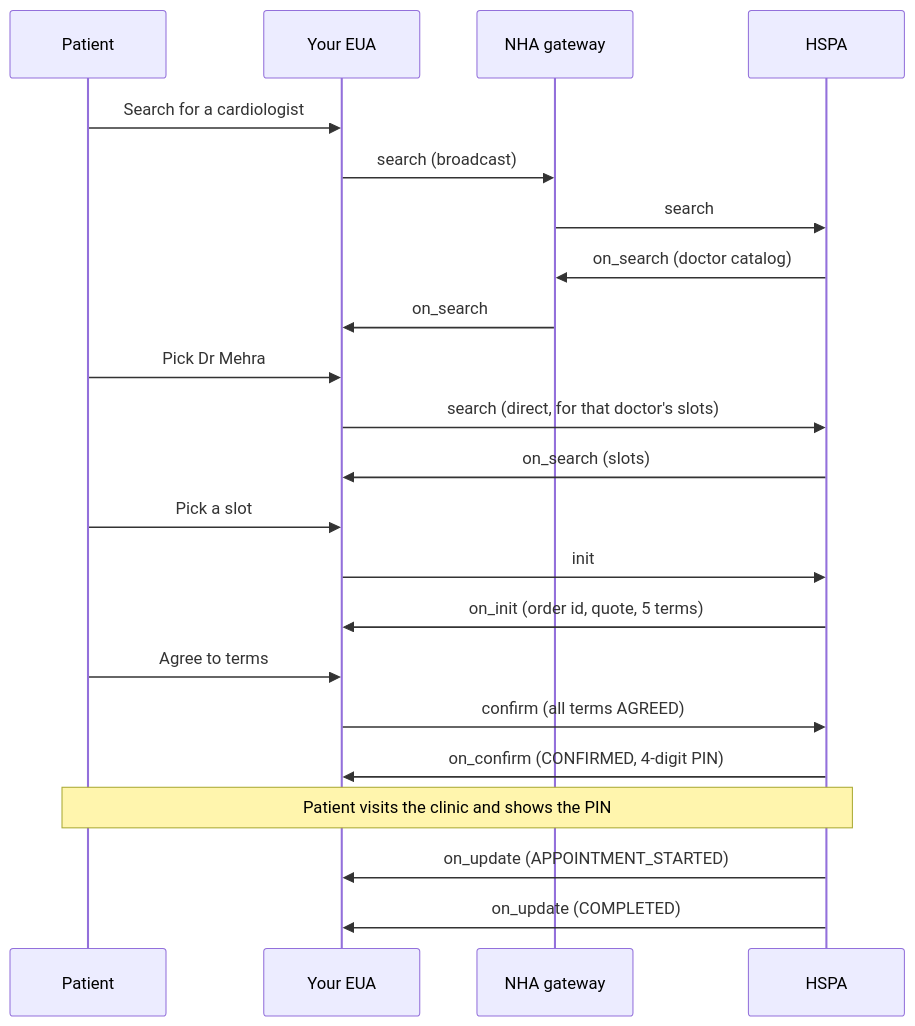
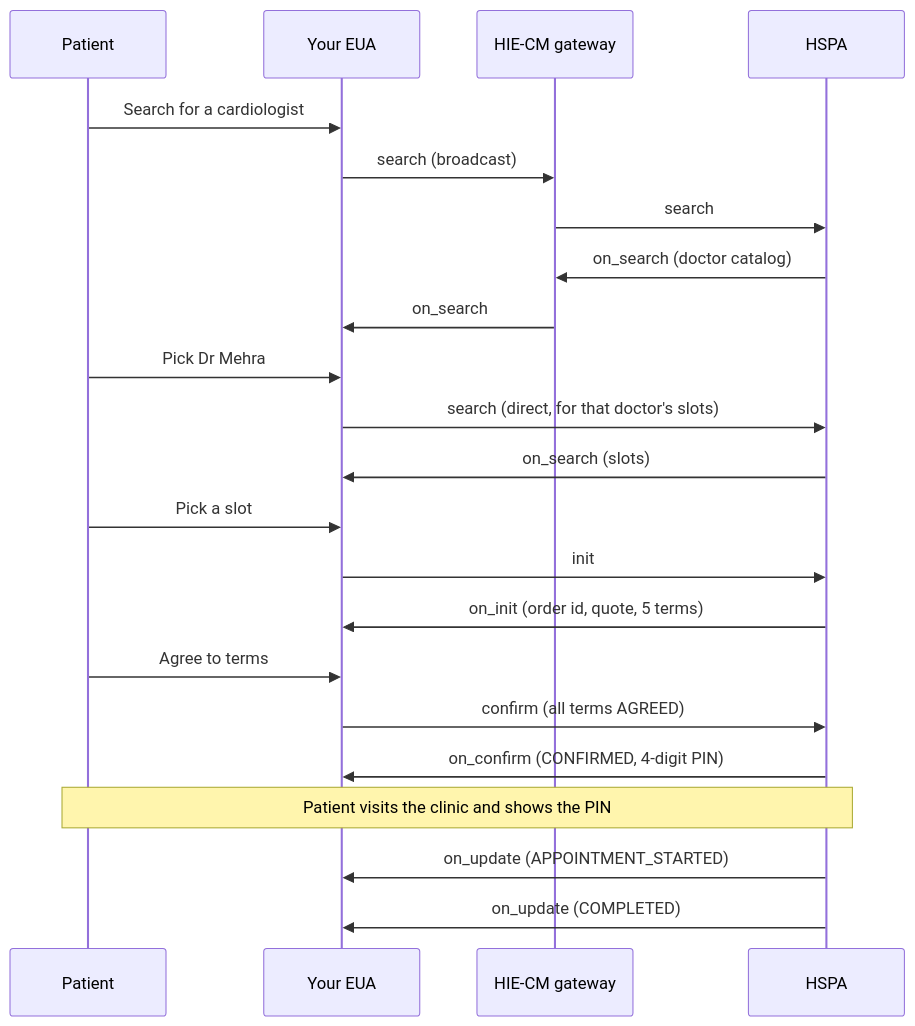
The diagram in site/docs/uhi/v1/concepts/services/physical-consultation.md (nha-in/docs), drawn with Mermaid before and after one commit. The commit also changed other lines of this file and 42 other files, not shown here.

````diff
--- a/site/docs/uhi/v1/concepts/services/physical-consultation.md
+++ b/site/docs/uhi/v1/concepts/services/physical-consultation.md
@@ -44,24 +44,24 @@
 ```mermaid
 sequenceDiagram
     participant P as Patient
     participant EUA as Your EUA
-    participant GW as NHA gateway
+    participant GW as HIE-CM gateway
     participant H as HSPA
     P->>EUA: Search for a cardiologist
     EUA->>GW: search (broadcast)
     GW->>H: search
     H->>GW: on_search (doctor catalog)
     GW->>EUA: on_search
     P->>EUA: Pick Dr Mehra
     EUA->>H: search (direct, for that doctor's slots)
     H->>EUA: on_search (slots)
     P->>EUA: Pick a slot
     EUA->>H: init
     H->>EUA: on_init (order id, quote, 5 terms)
     P->>EUA: Agree to terms
     EUA->>H: confirm (all terms AGREED)
     H->>EUA: on_confirm (CONFIRMED, 4-digit PIN)
     Note over P,H: Patient visits the clinic and shows the PIN
     H->>EUA: on_update (APPOINTMENT_STARTED)
     H->>EUA: on_update (COMPLETED)
 ```
````
